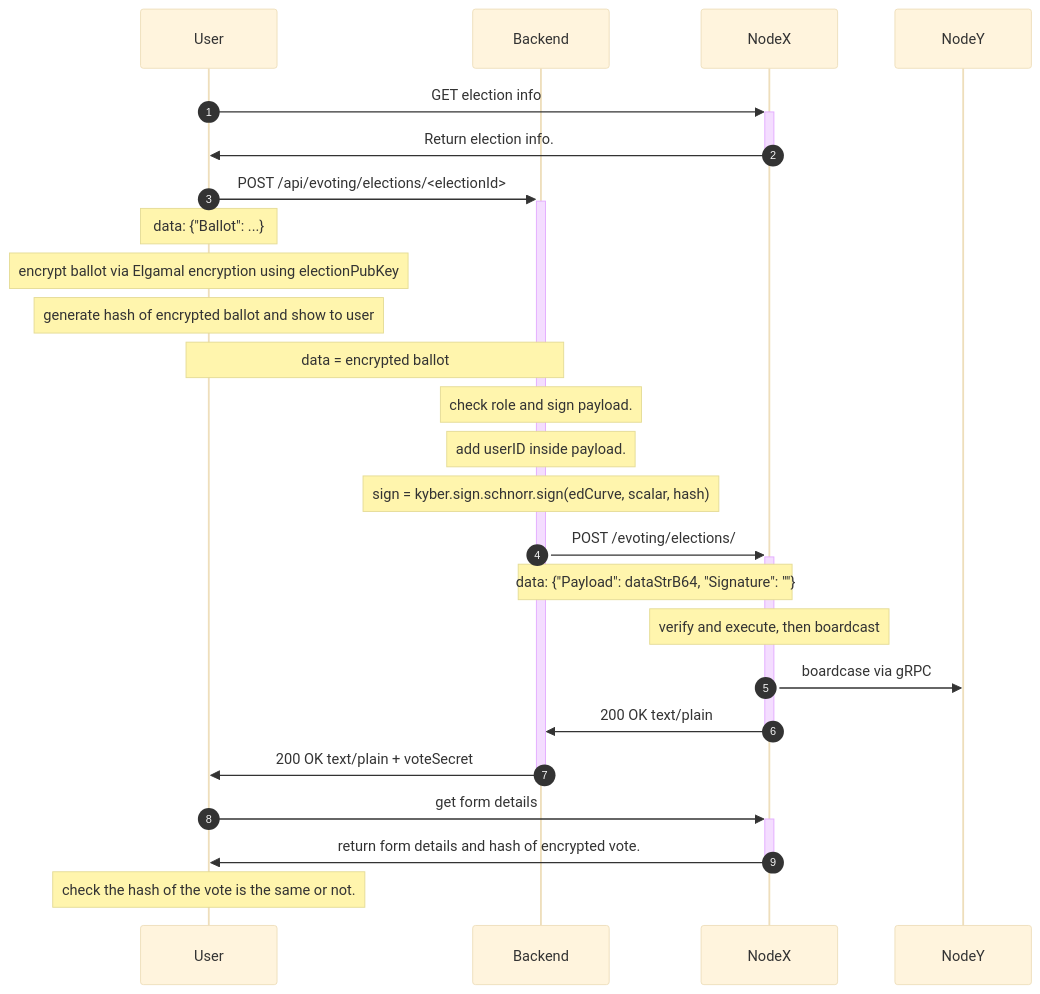
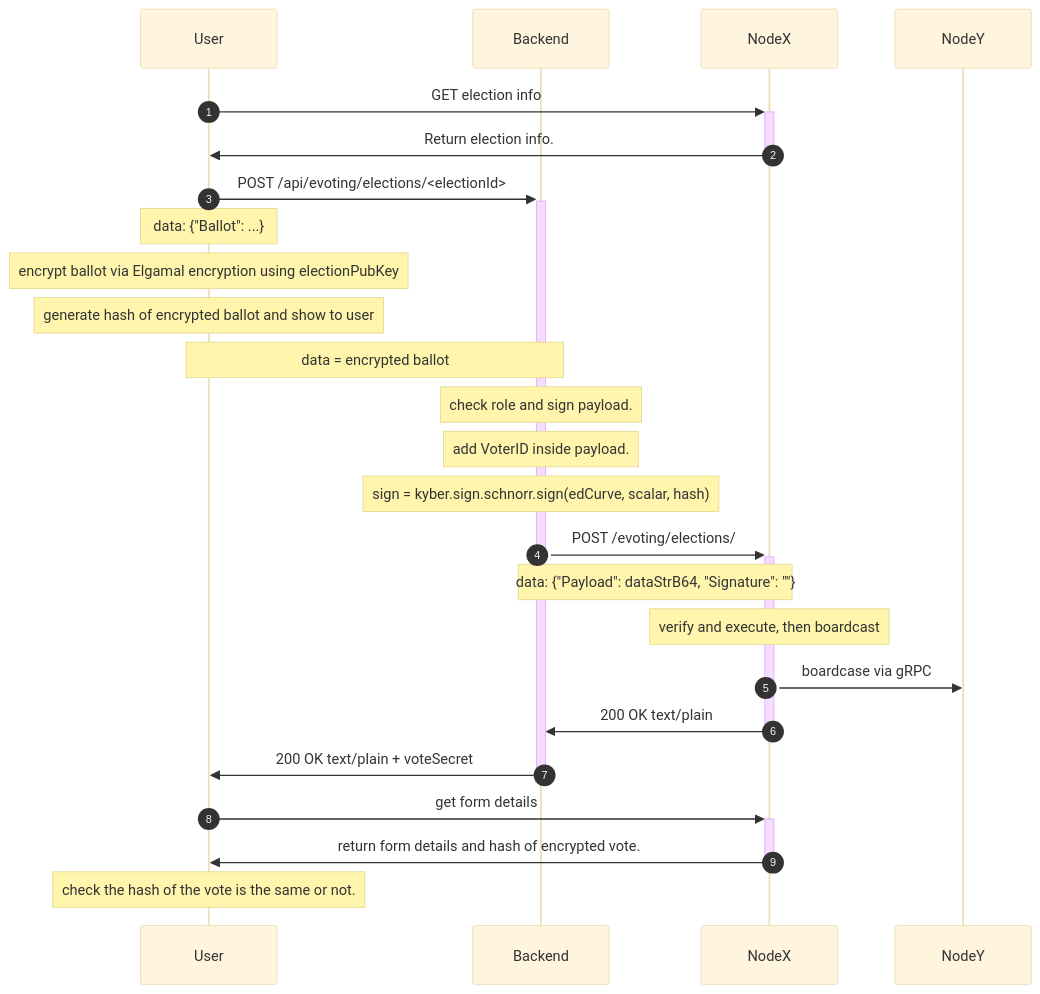
Before and after one commit to dedis/d-voting: the third of 4 diagrams in docs/verifiability_doc.md, drawn with Mermaid (base theme). The commit also changed other lines of this file and 14 other files, not shown here.

Commit message:
update UserID to VoterID

````diff
--- a/docs/verifiability_doc.md
+++ b/docs/verifiability_doc.md
@@ -84,27 +84,27 @@
 ```mermaid
 sequenceDiagram
     autonumber
     participant User
     participant Backend
     participant NodeX
     participant NodeY
     User ->>+ NodeX: GET election info
     NodeX ->>- User: Return election info.
     User ->>+ Backend: POST /api/evoting/elections/<electionId>
     Note over User: data: {"Ballot": ...}
     Note over User: encrypt ballot via Elgamal encryption using electionPubKey
     Note over User: generate hash of encrypted ballot and show to user
     Note over User, Backend: data = encrypted ballot
     Note over Backend: check role and sign payload.
-    Note over Backend: add userID inside payload.
+    Note over Backend: add VoterID inside payload.
     Note over Backend: sign = kyber.sign.schnorr.sign(edCurve, scalar, hash);
     Backend ->>+ NodeX: POST /evoting/elections/
     Note over Backend, NodeX: data: {"Payload": dataStrB64, "Signature": ""}
     Note over NodeX: verify and execute, then boardcast 
     NodeX ->> NodeY: boardcase via gRPC
     NodeX ->>- Backend: 200 OK text/plain
     Backend ->>- User: 200 OK text/plain + voteSecret
     User ->>+ NodeX: get form details 
     NodeX ->>- User: return form details and hash of encrypted vote.
     Note over User: check the hash of the vote is the same or not.
 ```
````
